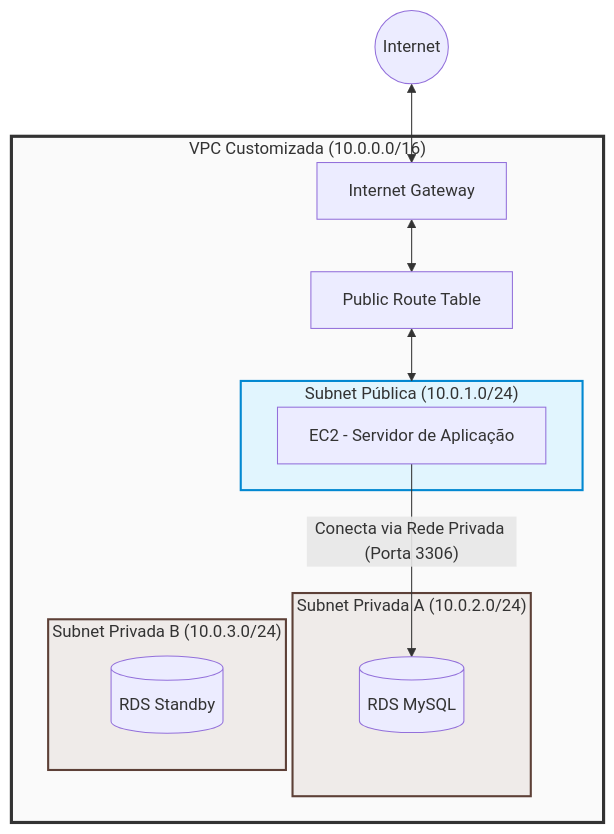
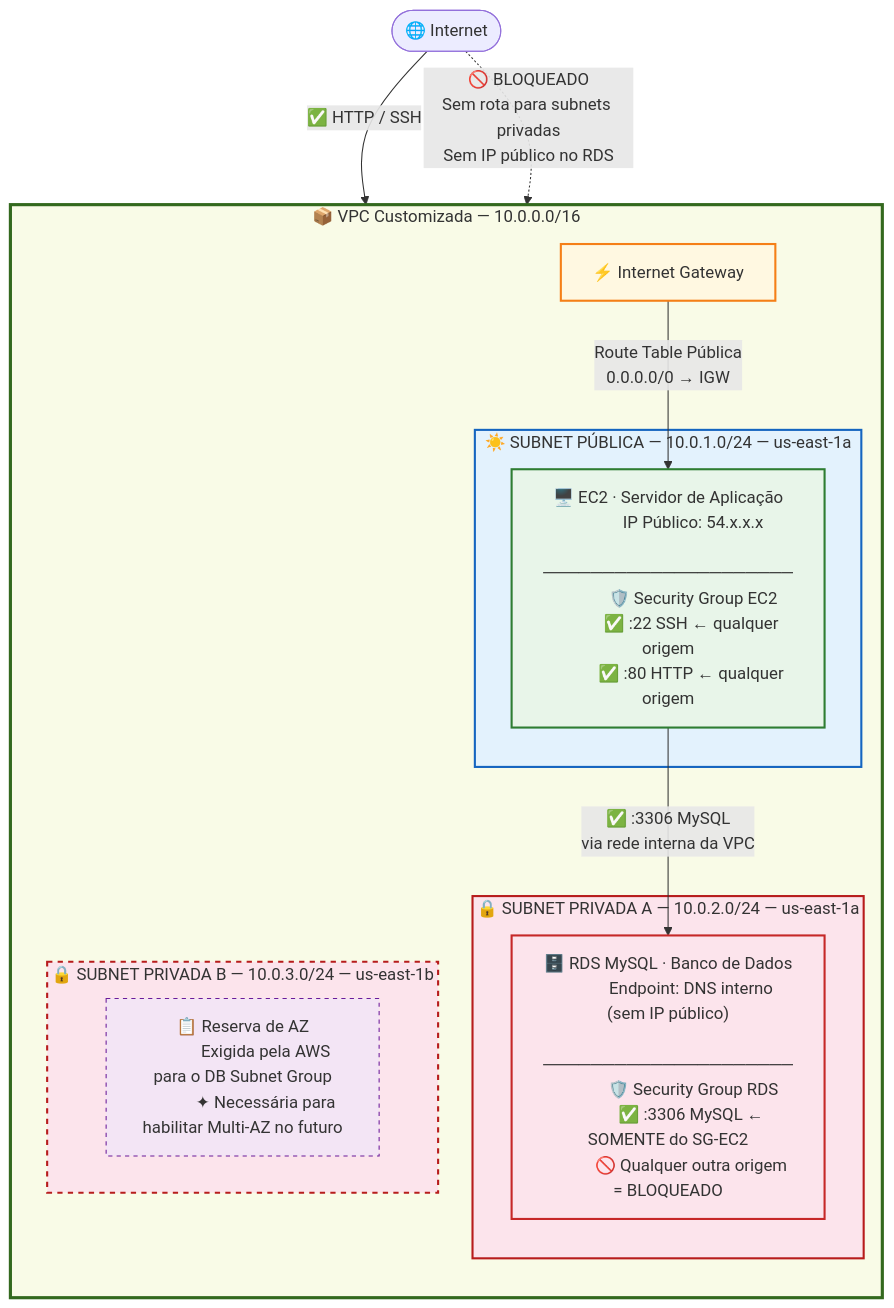
Before and after one commit to rofilho/cloud: the diagram in content/Aula 13 - Pratica - VPC Completa e Isolamento de Banco de Dados com Terraform.md, drawn with Mermaid. The commit also changed other lines of this file, not shown here.

Commit message:
refactor: redesenho do diagrama de rede VPC Aula 13 - SGs, fluxo e bloqueios visiveis

````diff
--- a/content/Aula 13 - Pratica - VPC Completa e Isolamento de Banco de Dados com Terraform.md
+++ b/content/Aula 13 - Pratica - VPC Completa e Isolamento de Banco de Dados com Terraform.md
@@ -68,28 +70,47 @@
 ```mermaid
-graph TD
-    Internet((Internet)) <--> IGW[Internet Gateway]
-    
-    subgraph VPC ["VPC Customizada (10.0.0.0/16)"]
-        IGW <--> RT_Public[Public Route Table]
-        
-        subgraph Subnet_Public ["Subnet Pública (10.0.1.0/24)"]
-            EC2[EC2 - Servidor de Aplicação]
+graph TB
+    INET(["🌐 Internet"])
+
+    subgraph VPC ["📦  VPC Customizada — 10.0.0.0/16"]
+        direction TB
+        IGW["⚡ Internet Gateway"]
+
+        subgraph PUB ["☀️  SUBNET PÚBLICA — 10.0.1.0/24 — us-east-1a"]
+            EC2["🖥️ EC2 · Servidor de Aplicação
+            IP Público: 54.x.x.x
+            ─────────────────────
+            🛡️ Security Group EC2
+            ✅ :22 SSH ← qualquer origem
+            ✅ :80 HTTP ← qualquer origem"]
         end
-        
-        subgraph Subnet_Private_A ["Subnet Privada A (10.0.2.0/24)"]
-            RDS_A[(RDS MySQL)]
+
+        subgraph PRIVA ["🔒  SUBNET PRIVADA A — 10.0.2.0/24 — us-east-1a"]
+            RDS["🗄️ RDS MySQL · Banco de Dados
+            Endpoint: DNS interno (sem IP público)
+            ─────────────────────
+            🛡️ Security Group RDS
+            ✅ :3306 MySQL ← SOMENTE do SG-EC2
+            🚫 Qualquer outra origem = BLOQUEADO"]
         end
-        
-        subgraph Subnet_Private_B ["Subnet Privada B (10.0.3.0/24)"]
-            RDS_B[(RDS Standby)]
+
+        subgraph PRIVB ["🔒  SUBNET PRIVADA B — 10.0.3.0/24 — us-east-1b"]
+            AZ2["📋 Reserva de AZ
+            Exigida pela AWS para o DB Subnet Group
+            ✦ Necessária para habilitar Multi-AZ no futuro"]
         end
-        
-        RT_Public <--> Subnet_Public
-        EC2 -- "Conecta via Rede Privada (Porta 3306)" --> RDS_A
     end
-    
-    style Subnet_Public fill:#e1f5fe,stroke:#0288d1,stroke-width:2px
-    style Subnet_Private_A fill:#efebe9,stroke:#5d4037,stroke-width:2px
-    style Subnet_Private_B fill:#efebe9,stroke:#5d4037,stroke-width:2px
-    style VPC fill:#fafafa,stroke:#333,stroke-width:3px
+
+    INET -->|"✅ HTTP / SSH"| IGW
+    IGW -->|"Route Table Pública\n0.0.0.0/0 → IGW"| EC2
+    EC2 -->|"✅ :3306 MySQL\nvia rede interna da VPC"| RDS
+    INET -. "🚫 BLOQUEADO\nSem rota para subnets privadas\nSem IP público no RDS" .-> RDS
+
+    style PUB fill:#e3f2fd,stroke:#1565c0,stroke-width:2px
+    style PRIVA fill:#fce4ec,stroke:#b71c1c,stroke-width:2px
+    style PRIVB fill:#fce4ec,stroke:#b71c1c,stroke-width:2px,stroke-dasharray:5 5
+    style VPC fill:#f9fbe7,stroke:#33691e,stroke-width:3px
+    style IGW fill:#fff8e1,stroke:#f57f17,stroke-width:2px
+    style EC2 fill:#e8f5e9,stroke:#2e7d32,stroke-width:2px
+    style RDS fill:#fce4ec,stroke:#c62828,stroke-width:2px
+    style AZ2 fill:#f3e5f5,stroke:#6a1b9a,stroke-width:1px,stroke-dasharray:4 4
 ```
````
